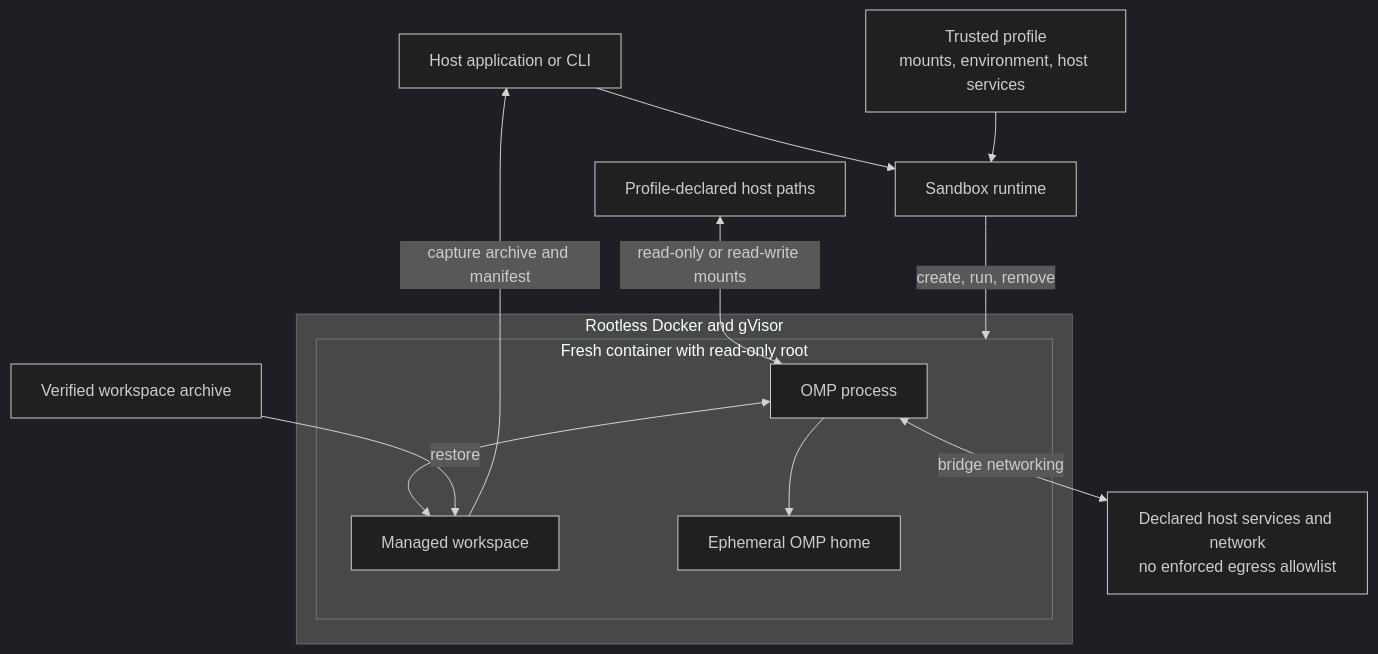
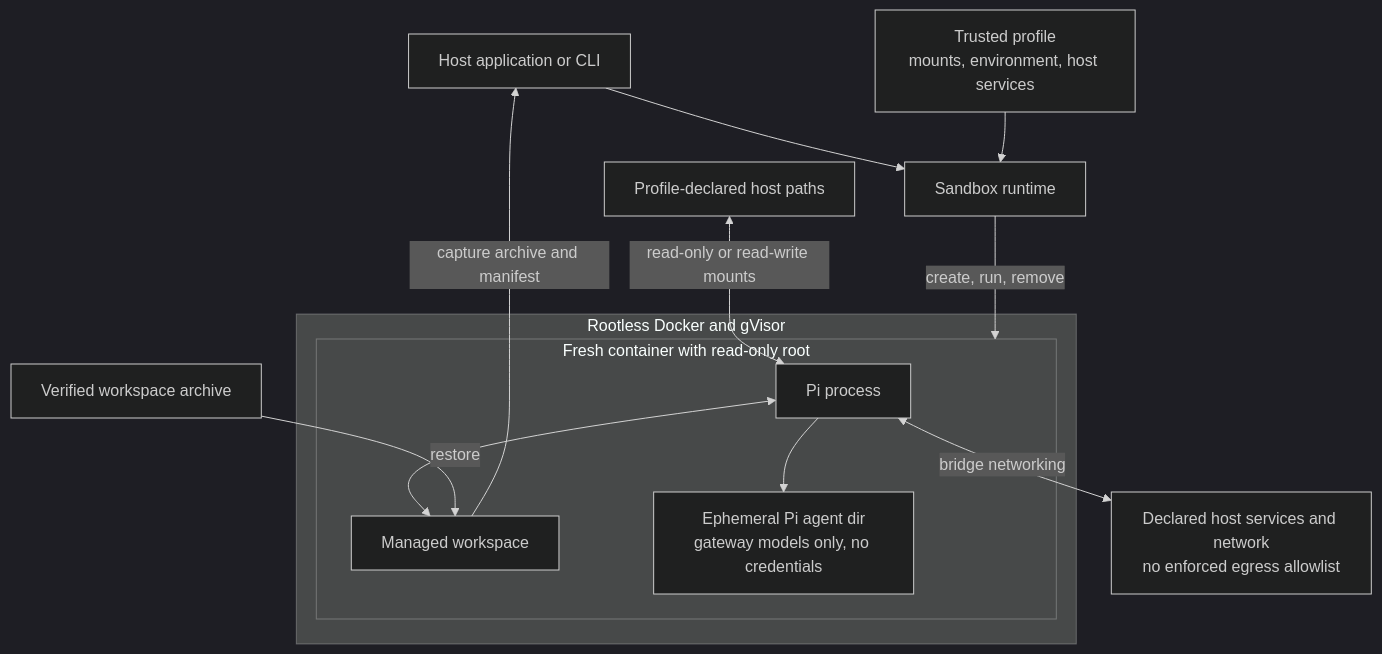
Before and after one commit to patrickab/Agents-in-a-box: the diagram in README.md, drawn with Mermaid (dark theme). The commit also changed other lines of this file and 5 other files, not shown here.

````diff
--- a/README.md
+++ b/README.md
@@ -32,21 +32,21 @@
 ```mermaid
 flowchart TD
     App[Host application or CLI] --> Runtime[Sandbox runtime]
     Profile["Trusted profile<br/>mounts, environment, host services"] --> Runtime
 
     subgraph Isolation[Rootless Docker and gVisor]
         subgraph Container[Fresh container with read-only root]
-            OMP[OMP process]
+            Pi[Pi process]
             Workspace[Managed workspace]
-            Home[Ephemeral OMP home]
-            OMP <--> Workspace
-            OMP --> Home
+            Home["Ephemeral Pi agent dir<br/>gateway models only, no credentials"]
+            Pi <--> Workspace
+            Pi --> Home
         end
     end
 
     Runtime -->|create, run, remove| Container
     Archive[Verified workspace archive] -->|restore| Workspace
     Workspace -->|capture archive and manifest| App
-    Mounts[Profile-declared host paths] <-->|read-only or read-write mounts| OMP
-    OMP <-->|bridge networking| Network["Declared host services and network<br/>no enforced egress allowlist"]
+    Mounts[Profile-declared host paths] <-->|read-only or read-write mounts| Pi
+    Pi <-->|bridge networking| Network["Declared host services and network<br/>no enforced egress allowlist"]
 ```
````
